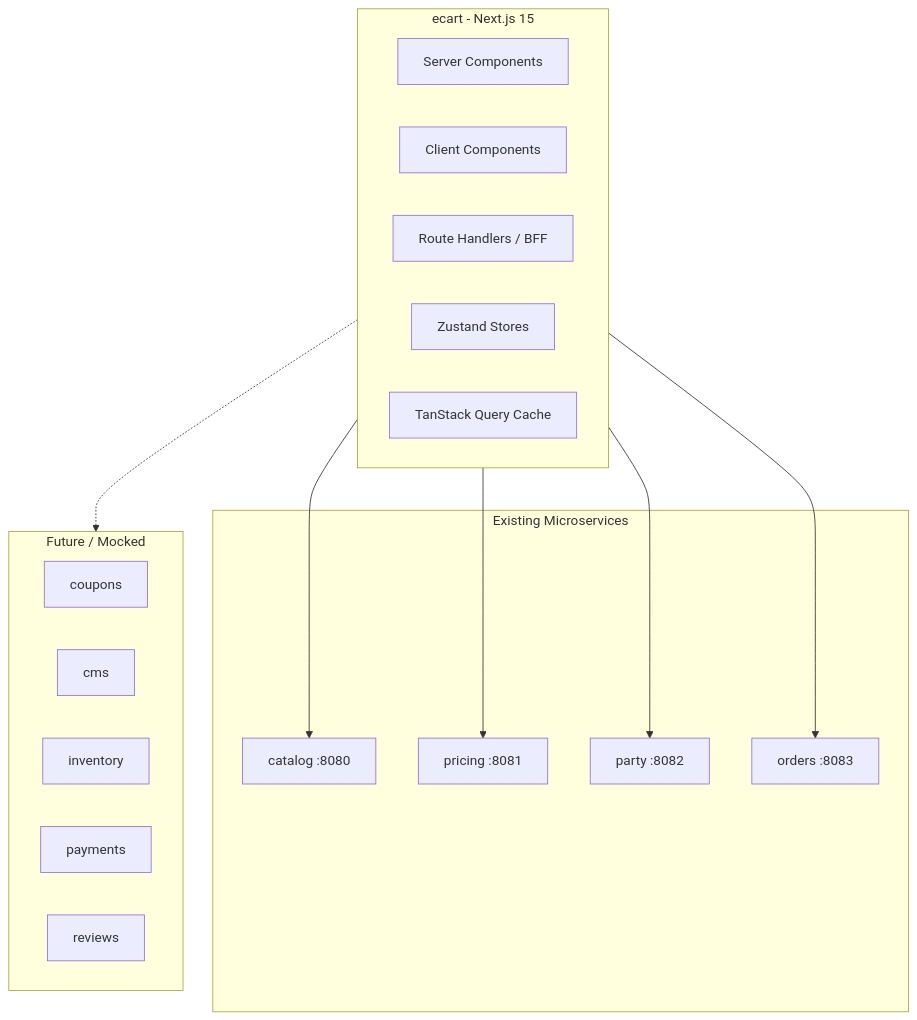
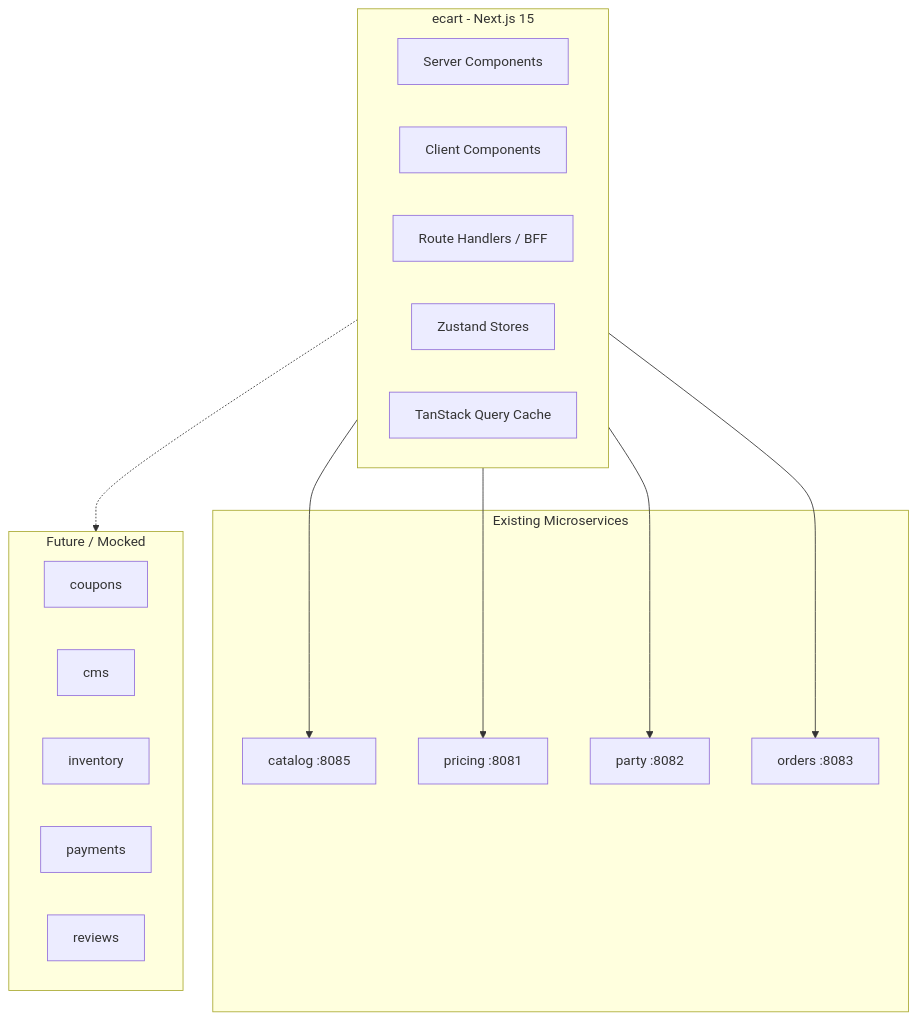
One commit to viveksharmajava/eCart changed the first of 4 diagrams in ARCHITECTURE.md. Above: the diagram before and after it, drawn with Mermaid. The commit also changed 67 other files, not shown here.

````diff
--- a/ARCHITECTURE.md
+++ b/ARCHITECTURE.md
@@ -10,31 +10,31 @@
 ```mermaid
 flowchart TB
   subgraph client [ecart - Next.js 15]
     RSC[Server Components]
     RCC[Client Components]
     BFF[Route Handlers / BFF]
     STORE[Zustand Stores]
     RQ[TanStack Query Cache]
   end
 
   subgraph backend [Existing Microservices]
-    CAT[catalog :8080]
+    CAT[catalog :8085]
     PRC[pricing :8081]
     PRT[party :8082]
     ORD[orders :8083]
   end
 
   subgraph future [Future / Mocked]
     COUP[coupons]
     CMS[cms]
     INV[inventory]
     PAY[payments]
     REV[reviews]
   end
 
   client --> CAT
   client --> PRC
   client --> PRT
   client --> ORD
   client -.-> future
 ```
````
